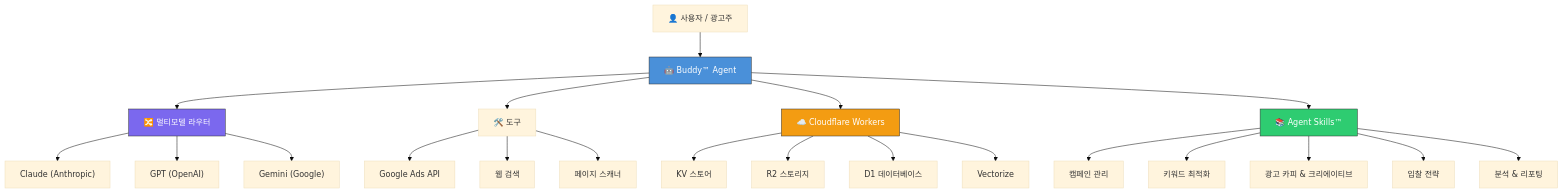
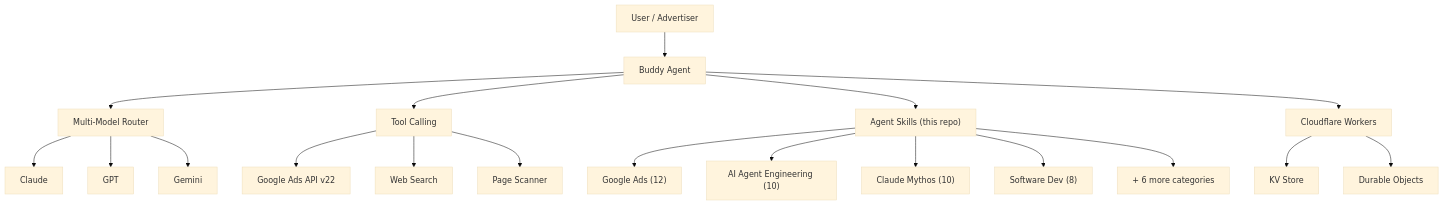
The diagram in README.ko.md (itallstartedwithaidea/agent-skills), drawn with Mermaid (base theme) before and after one commit. The commit also changed other lines of this file and 87 other files, not shown here.

````diff
--- a/README.ko.md
+++ b/README.ko.md
@@ -23,32 +144,25 @@
 ```mermaid
 graph TB
-    User["👤 사용자 / 광고주"] --> Buddy["🤖 Buddy™ Agent"]
+    User["User / Advertiser"] --> Buddy["Buddy Agent"]
 
-    Buddy --> Router["🔀 멀티모델 라우터"]
-    Router --> Claude["Claude (Anthropic)"]
-    Router --> GPT["GPT (OpenAI)"]
-    Router --> Gemini["Gemini (Google)"]
+    Buddy --> Router["Multi-Model Router"]
+    Router --> Claude["Claude"]
+    Router --> GPT["GPT"]
+    Router --> Gemini["Gemini"]
 
-    Buddy --> Tools["🛠️ 도구"]
-    Tools --> GAds["Google Ads API"]
-    Tools --> WebSearch["웹 검색"]
-    Tools --> PageScanner["페이지 스캐너"]
+    Buddy --> Tools["Tool Calling"]
+    Tools --> GAds["Google Ads API v22"]
+    Tools --> WebSearch["Web Search"]
+    Tools --> PageScanner["Page Scanner"]
 
-    Buddy --> CF["☁️ Cloudflare Workers"]
-    CF --> KV["KV 스토어"]
-    CF --> R2["R2 스토리지"]
-    CF --> D1["D1 데이터베이스"]
-    CF --> Vectorize["Vectorize"]
+    Buddy --> Skills["Agent Skills (this repo)"]
+    Skills --> GoogleAds["Google Ads (12)"]
+    Skills --> AgentEng["AI Agent Engineering (10)"]
+    Skills --> ClaudeMythos["Claude Mythos (10)"]
+    Skills --> SoftwareDev["Software Dev (8)"]
+    Skills --> OtherCats["+ 6 more categories"]
 
-    Buddy --> Skills["📚 Agent Skills™"]
-    Skills --> Cat1["캠페인 관리"]
-    Skills --> Cat2["키워드 최적화"]
-    Skills --> Cat3["광고 카피 & 크리에이티브"]
-    Skills --> Cat4["입찰 전략"]
-    Skills --> Cat5["분석 & 리포팅"]
-
-    style Buddy fill:#4A90D9,stroke:#333,color:#fff
-    style Router fill:#7B68EE,stroke:#333,color:#fff
-    style Skills fill:#2ECC71,stroke:#333,color:#fff
-    style CF fill:#F39C12,stroke:#333,color:#fff
+    Buddy --> CF["Cloudflare Workers"]
+    CF --> KV["KV Store"]
+    CF --> DO["Durable Objects"]
 ```
````
